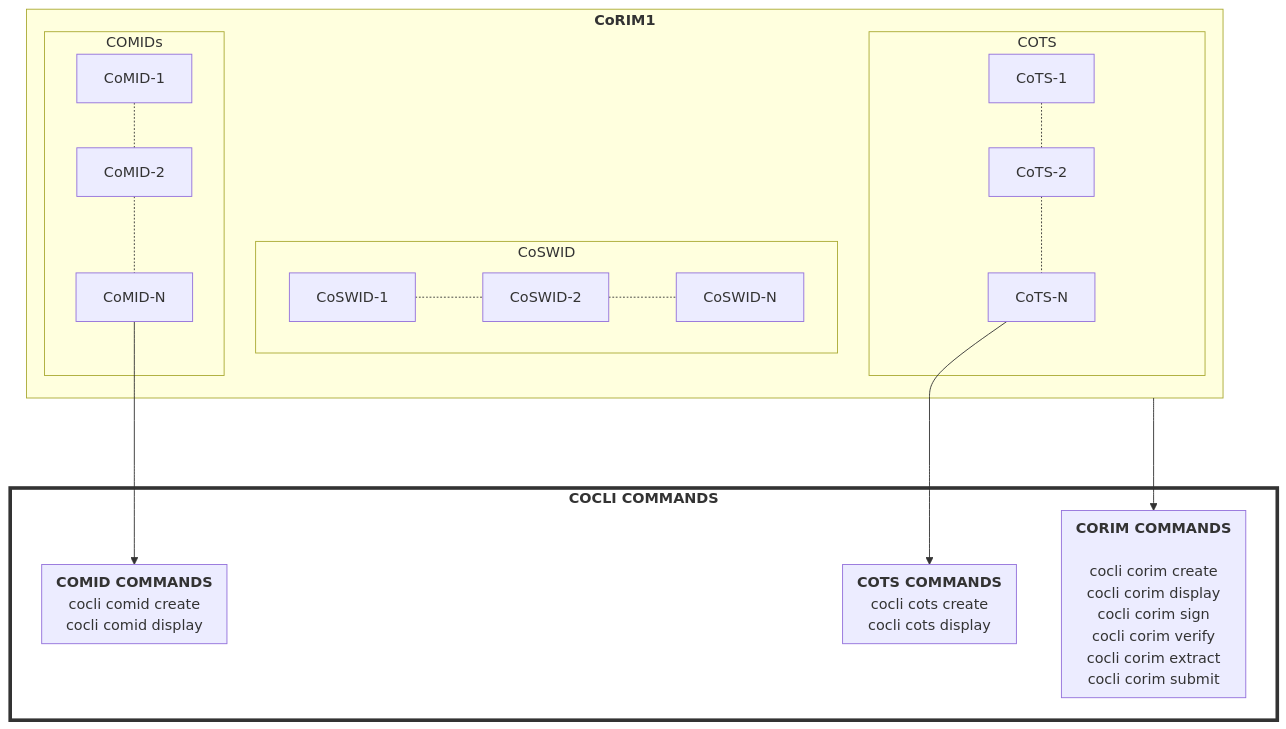
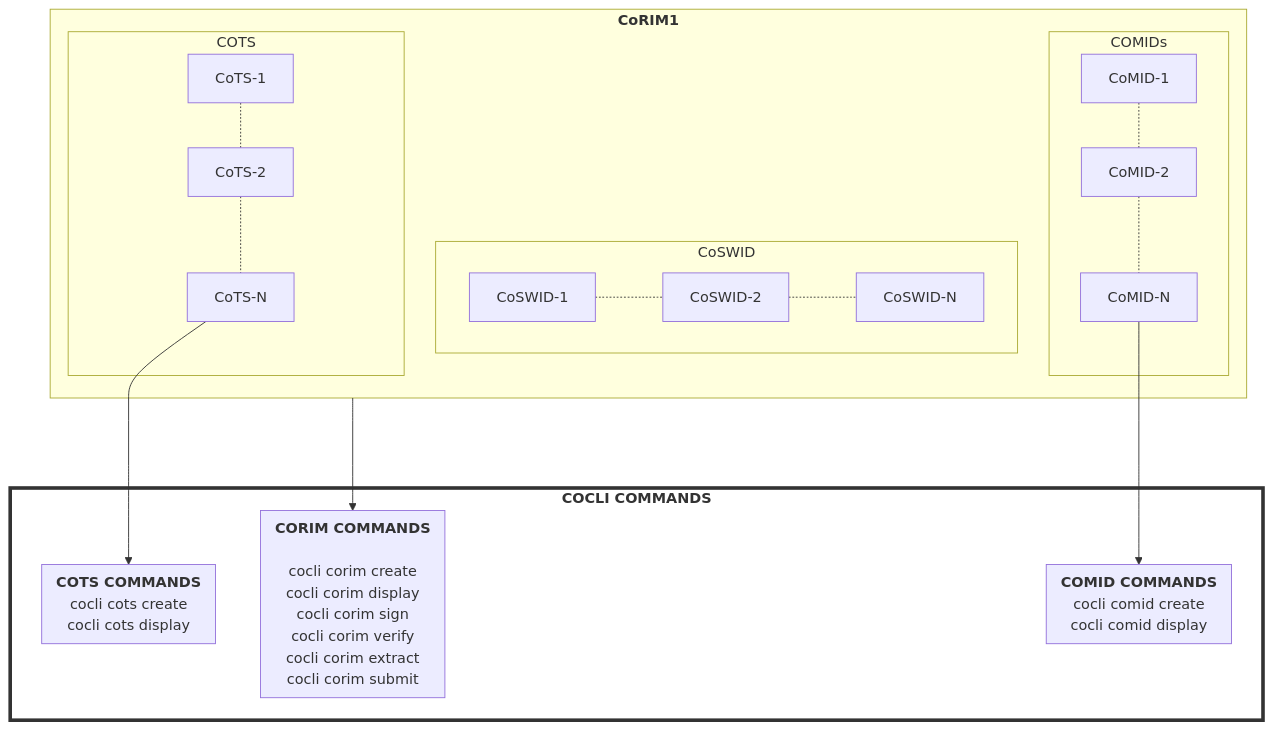
One commit to yogeshbdeshpande/veraison-cca-integration changed the diagram in test-diagram.md. Above: the diagram before and after it, drawn with Mermaid. The commit also changed other lines of this file, not shown here.

````diff
--- a/test-diagram.md
+++ b/test-diagram.md
@@ -1,42 +1,42 @@
 ```mermaid 
 flowchart TD
   subgraph COCLI["<b>COCLI COMMANDS</b>"]
     style COCLI fill:#ffffff, stroke:#333,stroke-width:4px
-    subgraph CORIMCMD["<b>CORIM COMMANDS</b> \n
-        cocli corim create \n cocli corim display \n cocli corim sign \n cocli corim verify\n cocli corim extract\n cocli corim submit"]
-    end
     subgraph COTSCMD["<b>COTS COMMANDS</b> \n cocli cots create \n cocli cots display"]
     end
     subgraph COMIDCMD["<b>COMID COMMANDS</b> \n cocli comid create \n cocli comid display"]
+    end
+    subgraph CORIMCMD["<b>CORIM COMMANDS</b> \n
+        cocli corim create \n cocli corim display \n cocli corim sign \n cocli corim verify\n cocli corim extract\n cocli corim submit"]
     end
   end
 subgraph CORIM["<b>CoRIM1</b>"]
       subgraph CoMID["COMIDs\n"]
         CM1["CoMID-1"]
         CM2["CoMID-2"]
         CM3["CoMID-N"]
         CM1  -.- CM2
         CM2  -.- CM3
         CM3 --> COMIDCMD
      end
      
     subgraph CoSWID["CoSWID\n"]
         CSW1["CoSWID-1"]
         CSW2["CoSWID-2"]
         CSW3["CoSWID-N"]
         CSW1  -.- CSW2
         CSW2 -.- CSW3
     end
 
     subgraph CoTS["COTS\n"]
         CS3["CoTS-N"]
         CS2["CoTS-2"]
         CS1["CoTS-1"]
         CS1  -.- CS2
         CS2  -.- CS3
         CS3 ---> COTSCMD
     end
 
 end
   CORIM ---> CORIMCMD
 ```
````
